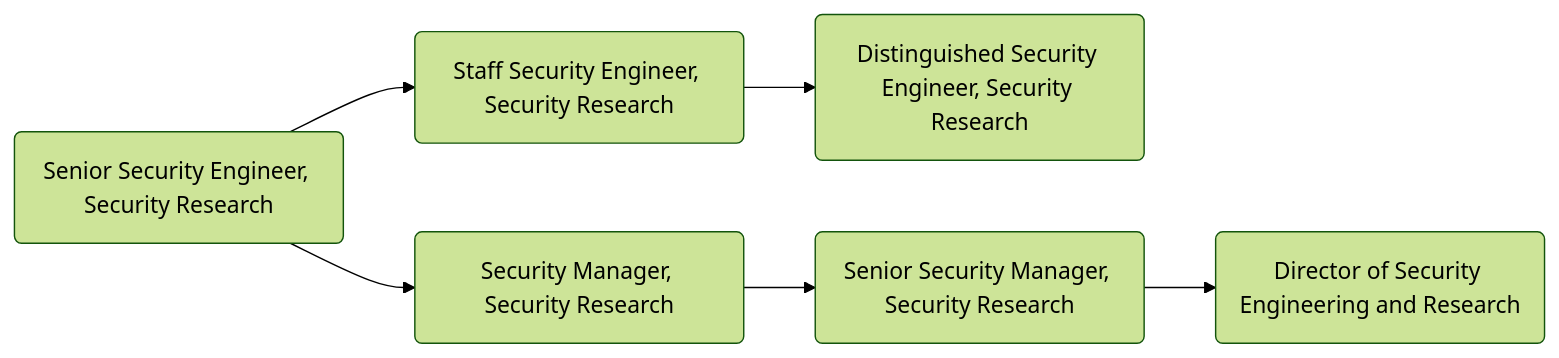
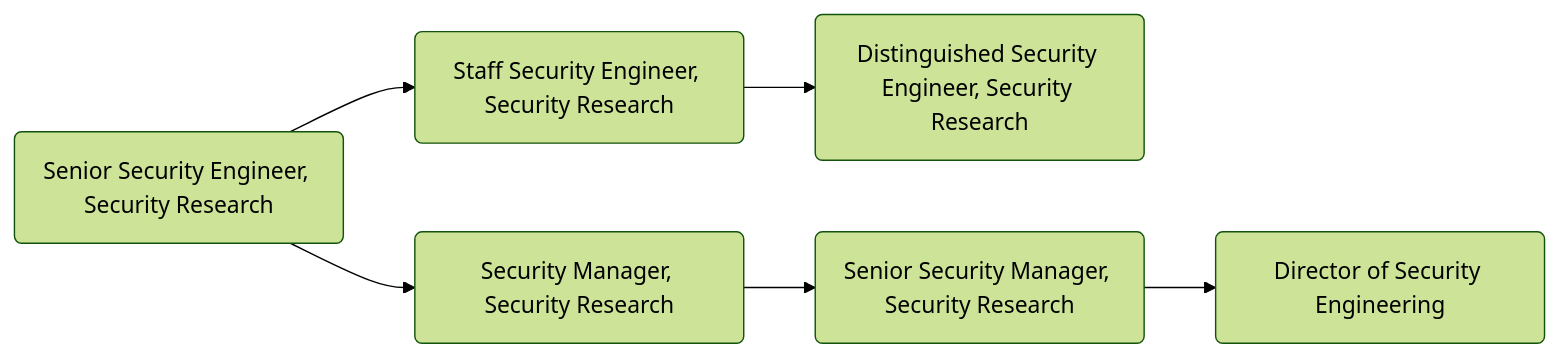
Before and after one commit to secretstartups/handbook: the diagram in job-families/security/security-research/index.html.md, drawn with Mermaid (forest theme). The commit also changed other lines of this file and 7 other files, not shown here.

Commit message:
Rename Security Research and Engineering

````diff
--- a/job-families/security/security-research/index.html.md
+++ b/job-families/security/security-research/index.html.md
@@ -183,8 +183,8 @@
 ```mermaid
   graph LR;
   sec:sse(Senior Security Engineer, Security Research) --> sec:stse(Staff Security Engineer, Security Research);
   sec:stse(Staff Security Engineer, Security Research) --> sec:dse(Distinguished Security Engineer, Security Research);
   sec:sse(Senior Security Engineer, Security Research)-->sec:sem(Security Manager, Security Research);
   sec:sem(Security Manager, Security Research)-->sec:sesm(Senior Security Manager, Security Research);
-  sec:sesm(Senior Security Manager, Security Research)-->sec:ds(Director of Security Engineering and Research);
+  sec:sesm(Senior Security Manager, Security Research)-->sec:ds(Director of Security Engineering);
 ```
````
